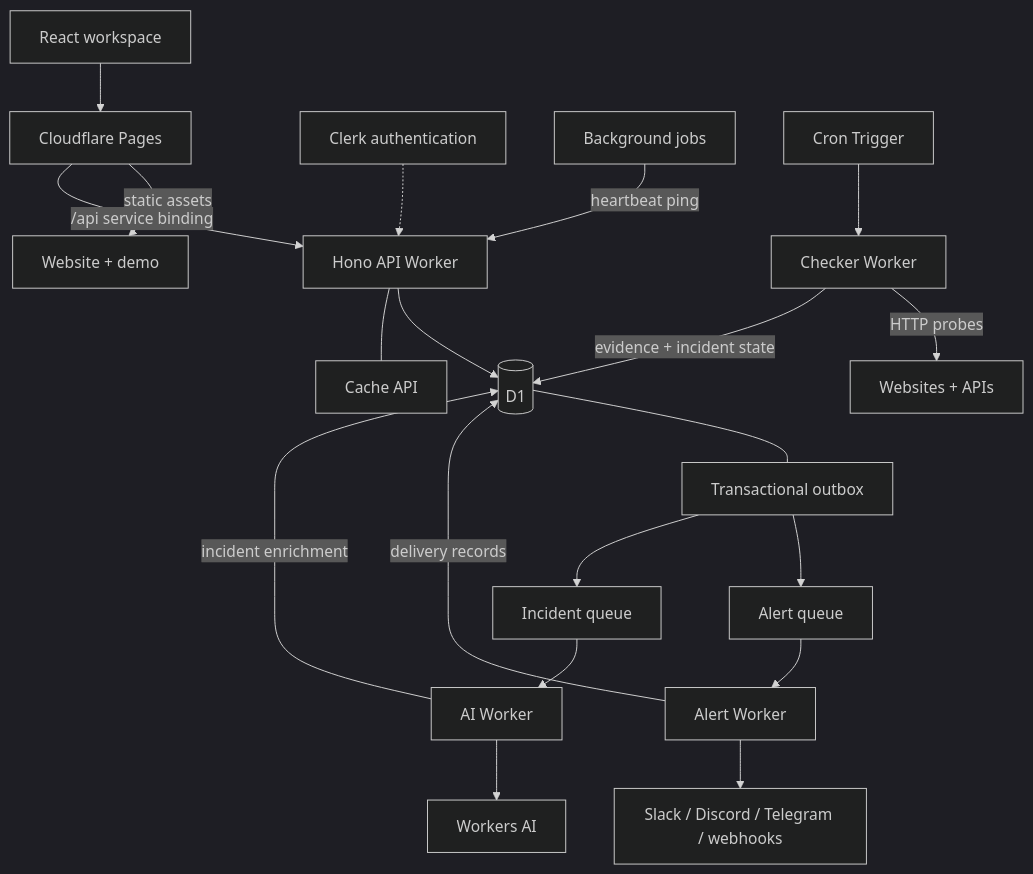
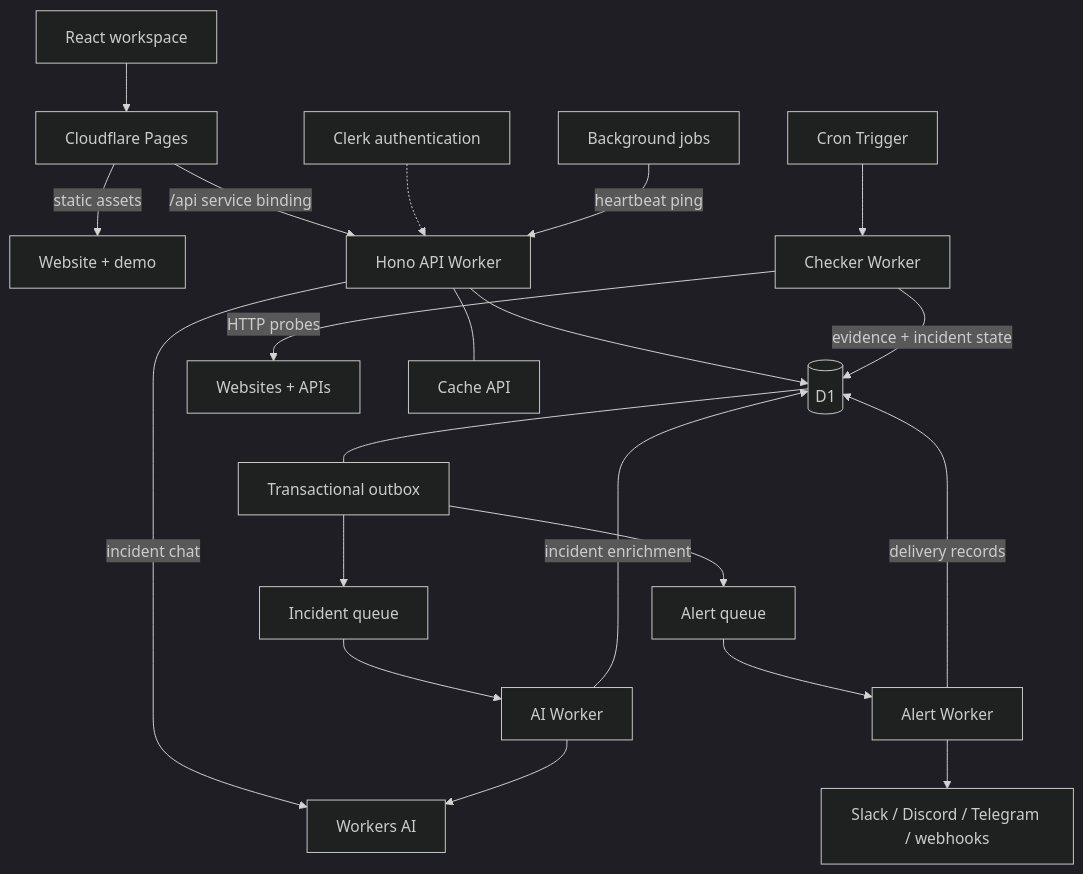
Before and after one commit to DebadityaHait/pulseflare: the diagram in README.md, drawn with Mermaid (dark theme). The commit also changed other lines of this file and 13 other files, not shown here.

Commit message:
Add incident chat

````diff
--- a/README.md
+++ b/README.md
@@ -55,22 +58,23 @@
 ```mermaid
 flowchart TB
   Browser["React workspace"] --> Pages["Cloudflare Pages"]
   Pages -->|"static assets"| Static["Website + demo"]
   Pages -->|"/api service binding"| API["Hono API Worker"]
   Clerk["Clerk authentication"] -.-> API
+  API -->|"incident chat"| WAI
   Jobs["Background jobs"] -->|"heartbeat ping"| API
   API --> D1[("D1")]
   Cron["Cron Trigger"] --> Checker["Checker Worker"]
   Checker -->|"HTTP probes"| Endpoints["Websites + APIs"]
   Checker -->|"evidence + incident state"| D1
   D1 --- Outbox["Transactional outbox"]
   Outbox --> AQ["Alert queue"]
   Outbox --> IQ["Incident queue"]
   AQ --> Alert["Alert Worker"]
   Alert --> Providers["Slack / Discord / Telegram / webhooks"]
   IQ --> AI["AI Worker"]
   AI --> WAI["Workers AI"]
   AI -->|"incident enrichment"| D1
   Alert -->|"delivery records"| D1
   API --- Cache["Cache API"]
 ```
````
